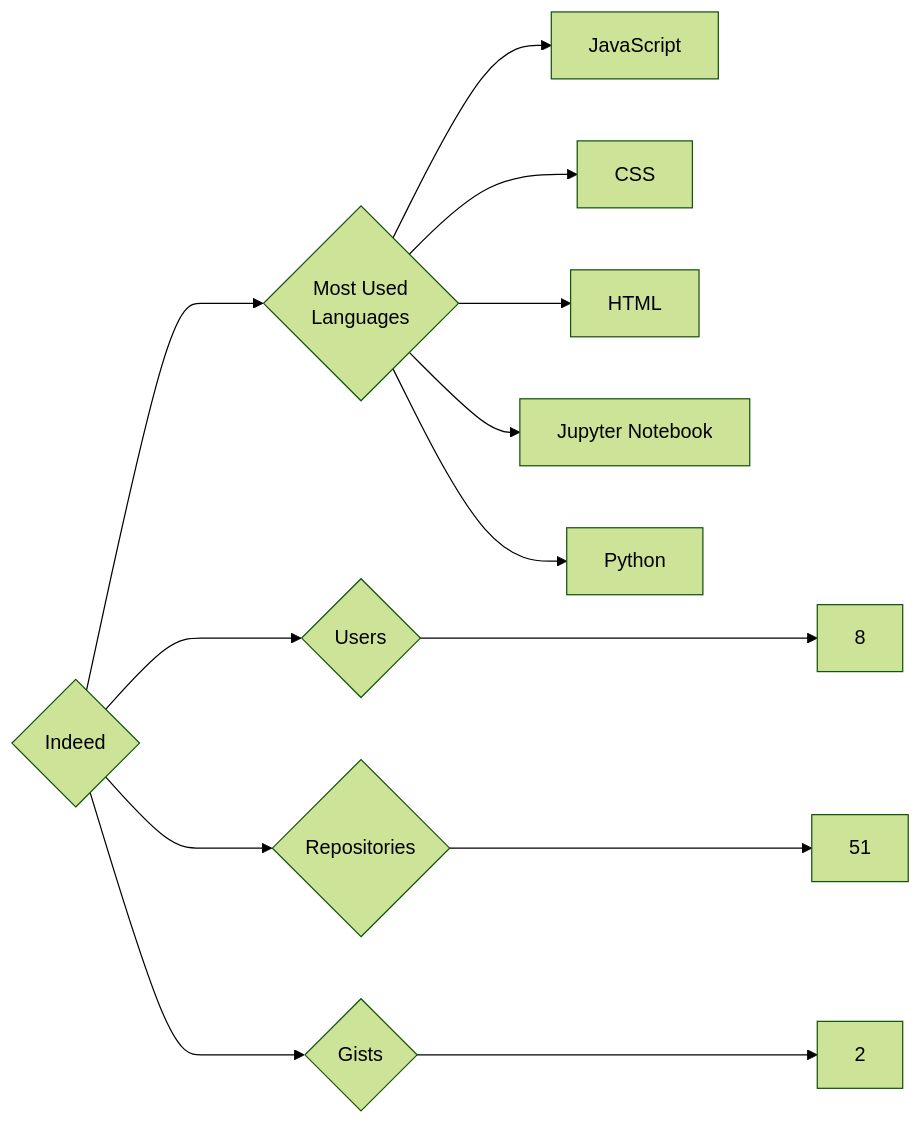
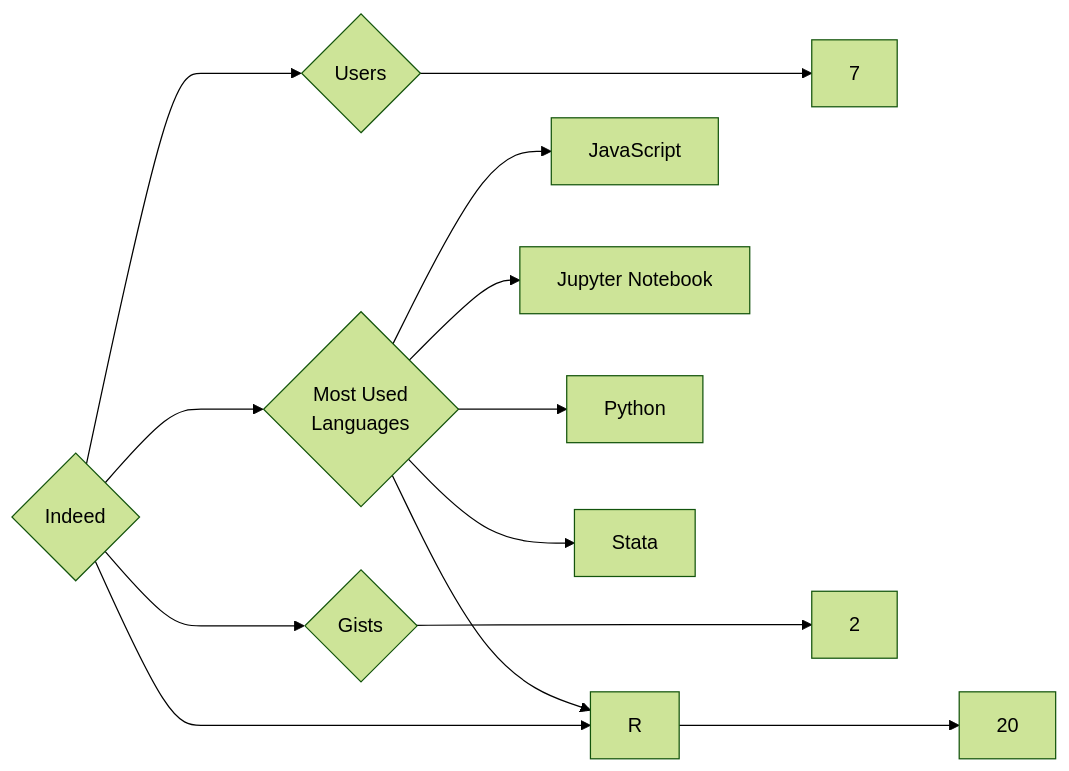
Before and after one commit to trickest/insiders: the diagram in targets/Indeed/README.md, drawn with Mermaid (forest theme). The commit also changed 838 other files, not shown here.

````diff
--- a/targets/Indeed/README.md
+++ b/targets/Indeed/README.md
@@ -3,13 +3,13 @@
 ```mermaid
 graph LR
 COMPANY_NAME{Indeed}
-COMPANY_NAME ---> U{Users} ---> UN[8]
-COMPANY_NAME ---> R{Repositories} ---> RN[51]
+COMPANY_NAME ---> U{Users} ---> UN[7]
+COMPANY_NAME ---> R{Repositories} ---> RN[20]
 COMPANY_NAME ---> G{Gists} ---> GN[2]
 COMPANY_NAME ---> ML{Most Used<br>Languages}
 ML --> JavaScript[JavaScript]
-ML --> CSS[CSS]
-ML --> HTML[HTML]
 ML --> Jupyter_Notebook[Jupyter Notebook]
+ML --> R[R]
 ML --> Python[Python]
+ML --> Stata[Stata]
 ```
````
